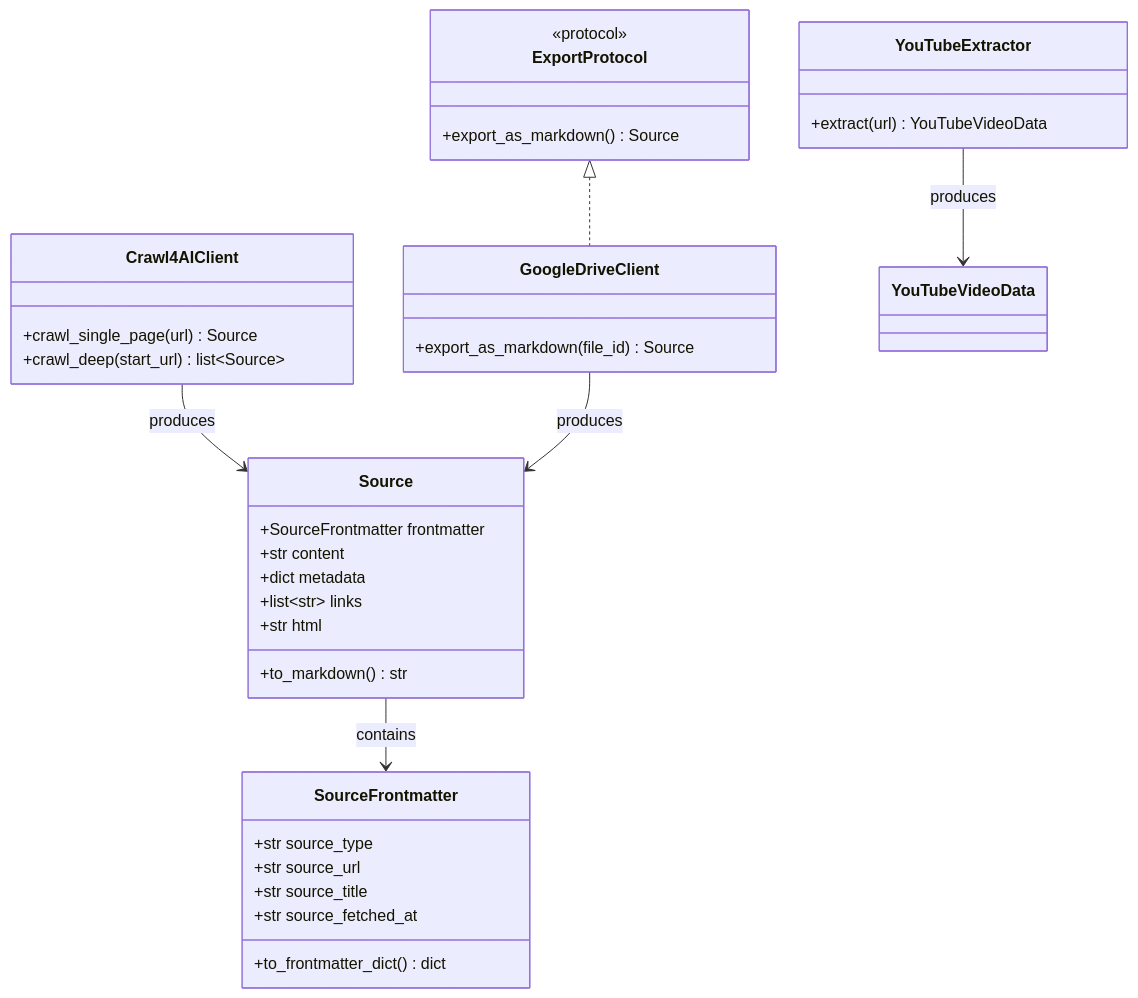
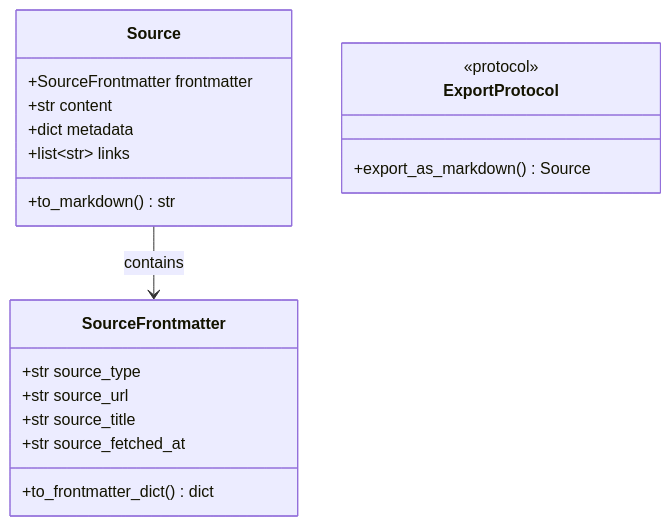
Before and after one commit to jaewilson07/rag_mongodb: the first of 2 diagrams in src/integrations/AGENTS.md, drawn with Mermaid. The commit also changed other lines of this file and 129 other files, not shown here.

````diff
--- a/src/integrations/AGENTS.md
+++ b/src/integrations/AGENTS.md
@@ -9,43 +19,25 @@
 ```mermaid
 classDiagram
     class SourceFrontmatter {
         +str source_type
         +str source_url
         +str source_title
         +str source_fetched_at
         +to_frontmatter_dict() dict
     }
 
     class Source {
         +SourceFrontmatter frontmatter
         +str content
         +dict metadata
         +list~str~ links
-        +str html
         +to_markdown() str
     }
 
     class ExportProtocol {
         <<protocol>>
         +export_as_markdown() Source
     }
 
-    class Crawl4AIClient {
-        +crawl_single_page(url) Source
-        +crawl_deep(start_url) list~Source~
-    }
-
-    class GoogleDriveClient {
-        +export_as_markdown(file_id) Source
-    }
-
-    class YouTubeExtractor {
-        +extract(url) YouTubeVideoData
-    }
-
-    ExportProtocol <|.. GoogleDriveClient
-    Crawl4AIClient --> Source : produces
-    GoogleDriveClient --> Source : produces
-    YouTubeExtractor --> YouTubeVideoData : produces
     Source --> SourceFrontmatter : contains
 ```
````
